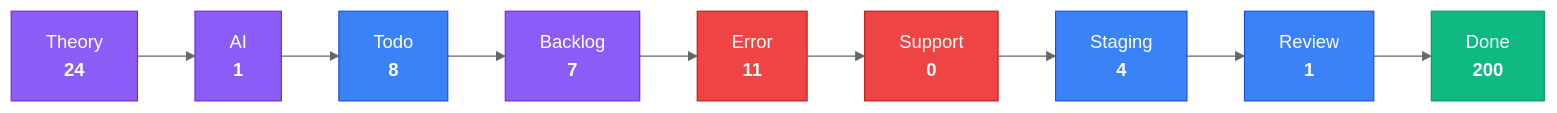
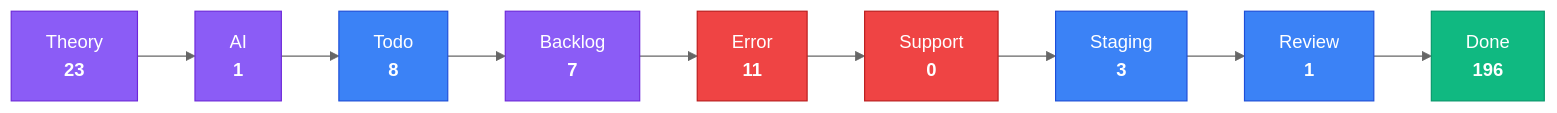
Before and after one commit to KBVE/kbve: the third of 4 diagrams in apps/kbve/astro-kbve/src/content/docs/dashboard/kanban-data.mdx, drawn with Mermaid (neutral theme). The commit also changed other lines of this file and 8 other files, not shown here.

````diff
--- a/apps/kbve/astro-kbve/src/content/docs/dashboard/kanban-data.mdx
+++ b/apps/kbve/astro-kbve/src/content/docs/dashboard/kanban-data.mdx
@@ -80,28 +80,28 @@
 ```mermaid
 flowchart LR
     classDef planning fill:#8b5cf6,stroke:#6d28d9,color:#fff
     classDef active fill:#3b82f6,stroke:#1d4ed8,color:#fff
     classDef blocked fill:#ef4444,stroke:#b91c1c,color:#fff
     classDef done fill:#10b981,stroke:#059669,color:#fff
-    Theory["Theory<br/><strong>24</strong>"]
+    Theory["Theory<br/><strong>23</strong>"]
     Theory --> AI
     AI["AI<br/><strong>1</strong>"]
     AI --> Todo
     Todo["Todo<br/><strong>8</strong>"]
     Todo --> Backlog
     Backlog["Backlog<br/><strong>7</strong>"]
     Backlog --> Error
     Error["Error<br/><strong>11</strong>"]
     Error --> Support
     Support["Support<br/><strong>0</strong>"]
     Support --> Staging
-    Staging["Staging<br/><strong>4</strong>"]
+    Staging["Staging<br/><strong>3</strong>"]
     Staging --> Review
     Review["Review<br/><strong>1</strong>"]
     Review --> Done
-    Done["Done<br/><strong>200</strong>"]
+    Done["Done<br/><strong>196</strong>"]
     class Theory,AI,Backlog planning
     class Todo,Staging,Review active
     class Error,Support blocked
     class Done done
 ```
````
